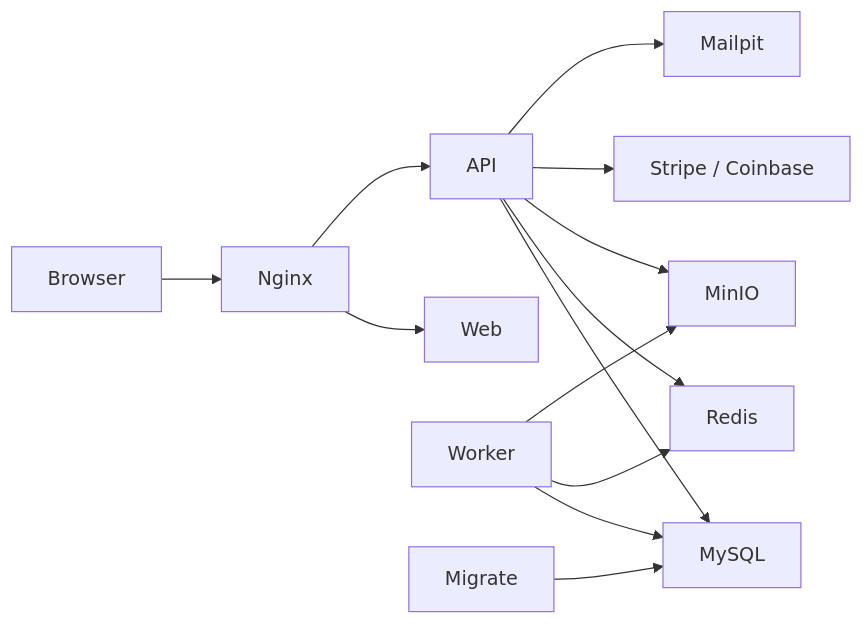
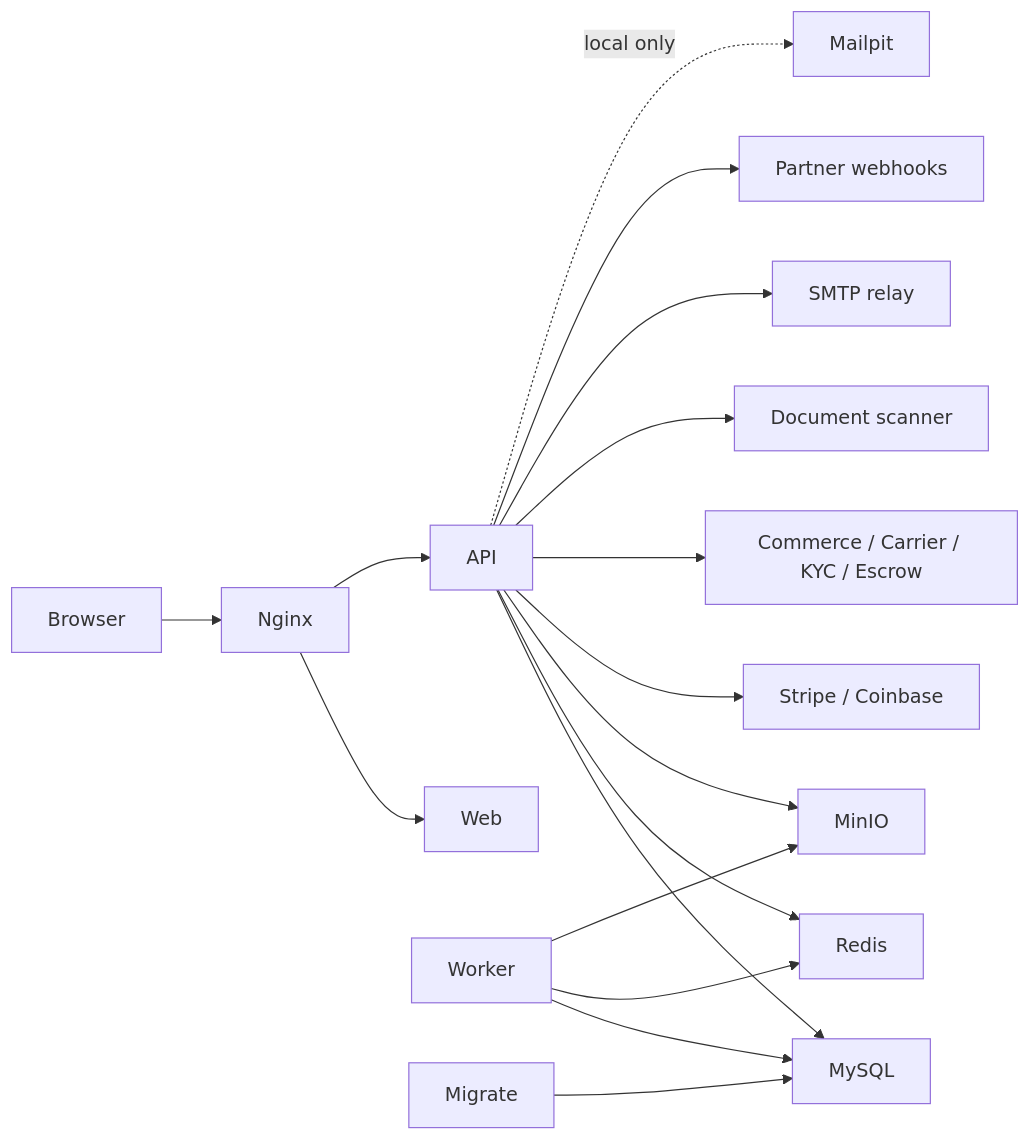
Before and after one commit to ildrm/logicommerce-logistic-ecommerce: the diagram in docs/architecture/container-architecture.md, drawn with Mermaid. The commit also changed other lines of this file and 77 other files, not shown here.

````diff
--- a/docs/architecture/container-architecture.md
+++ b/docs/architecture/container-architecture.md
@@ -8,15 +8,19 @@
 ```mermaid
 flowchart LR
   Browser --> Nginx
   Nginx --> Web
   Nginx --> API
   API --> MySQL
   API --> Redis
   API --> MinIO
   API --> PaymentProviders[Stripe / Coinbase]
+  API --> CommerceProviders[Commerce / Carrier / KYC / Escrow]
+  API --> Scanner[Document scanner]
+  API --> SMTP[SMTP relay]
+  API --> PartnerEndpoints[Partner webhooks]
   Worker --> MySQL
   Worker --> Redis
   Worker --> MinIO
   Migrate --> MySQL
-  API --> Mailpit
+  API -. local only .-> Mailpit
 ```
````
